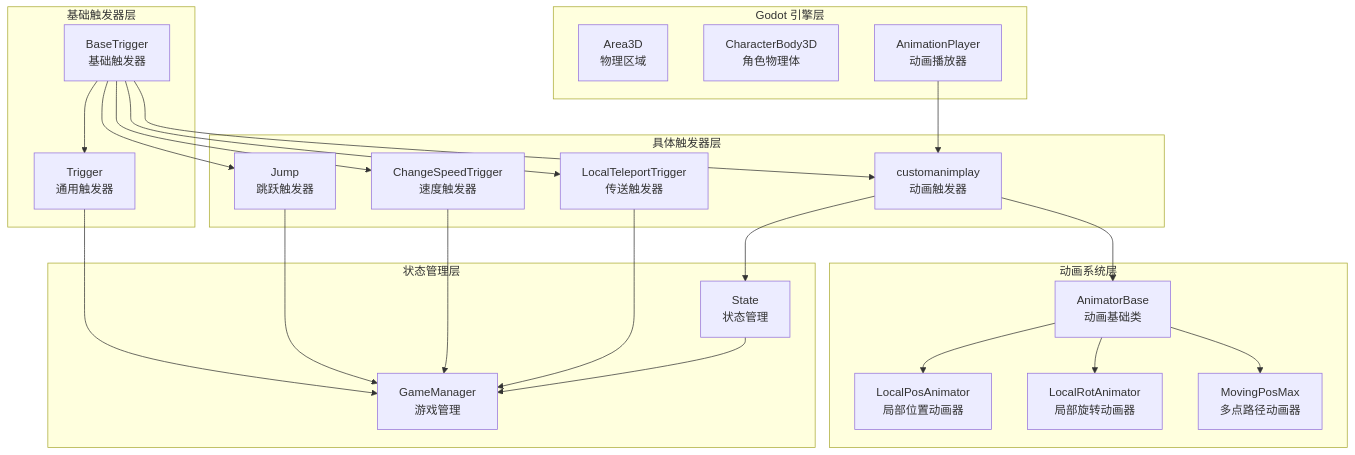
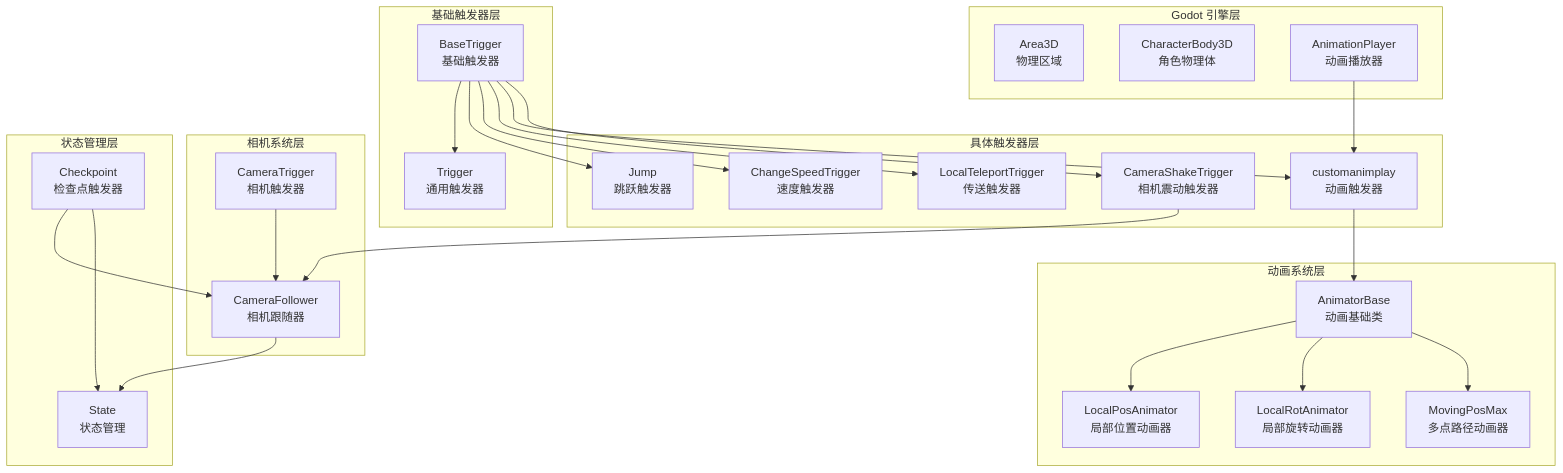
One commit to godotline/godot-line changed the ninth of 12 diagrams in .qoder/repowiki/zh/content/Base Trigger.md. Above: the diagram before and after it, drawn with Mermaid. The commit also changed other lines of this file and 13 other files, not shown here.

````diff
--- a/.qoder/repowiki/zh/content/Base Trigger.md
+++ b/.qoder/repowiki/zh/content/Base Trigger.md
@@ -552,44 +645,49 @@
 ```mermaid
 graph TB
 subgraph "Godot 引擎层"
 A3D[Area3D<br/>物理区域]
 C3D[CharacterBody3D<br/>角色物理体]
 AP[AnimationPlayer<br/>动画播放器]
 end
 subgraph "基础触发器层"
 BT[BaseTrigger<br/>基础触发器]
 TR[Trigger<br/>通用触发器]
 end
 subgraph "具体触发器层"
 JP[Jump<br/>跳跃触发器]
 CST[ChangeSpeedTrigger<br/>速度触发器]
 LTT[LocalTeleportTrigger<br/>传送触发器]
 CAP[customanimplay<br/>动画触发器]
+CSTG[CameraShakeTrigger<br/>相机震动触发器]
+end
+subgraph "相机系统层"
+CF[CameraFollower<br/>相机跟随器]
+CT[CameraTrigger<br/>相机触发器]
 end
 subgraph "动画系统层"
 AB[AnimatorBase<br/>动画基础类]
 LPA[LocalPosAnimator<br/>局部位置动画器]
 LRA[LocalRotAnimator<br/>局部旋转动画器]
 MPM[MovingPosMax<br/>多点路径动画器]
 end
 subgraph "状态管理层"
 ST[State<br/>状态管理]
-GM[GameManager<br/>游戏管理]
+CP[Checkpoint<br/>检查点触发器]
 end
 AP --> CAP
 BT --> TR
 BT --> JP
 BT --> CST
 BT --> LTT
 BT --> CAP
+BT --> CSTG
+CSTG --> CF
+CT --> CF
+CF --> ST
 CAP --> AB
 AB --> LPA
 AB --> LRA
 AB --> MPM
-TR --> GM
-JP --> GM
-CST --> GM
-LTT --> GM
-CAP --> ST
-ST --> GM
+CP --> CF
+CP --> ST
 ```
````
